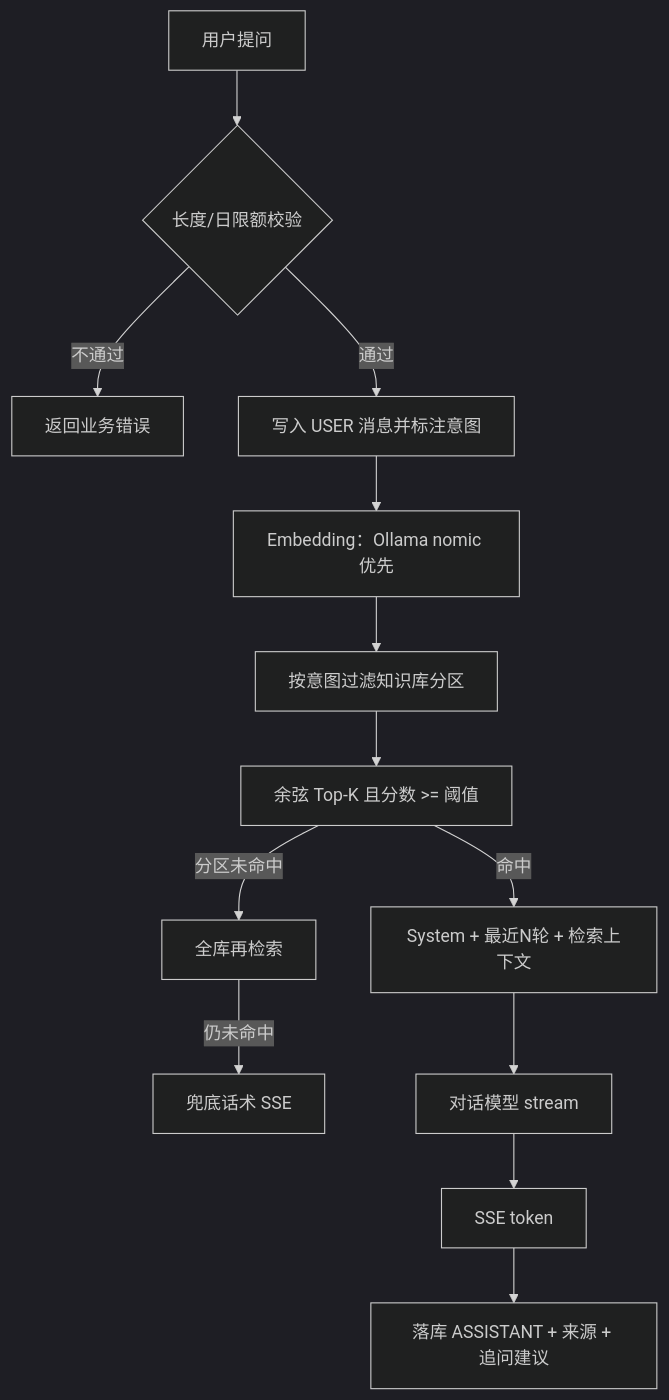
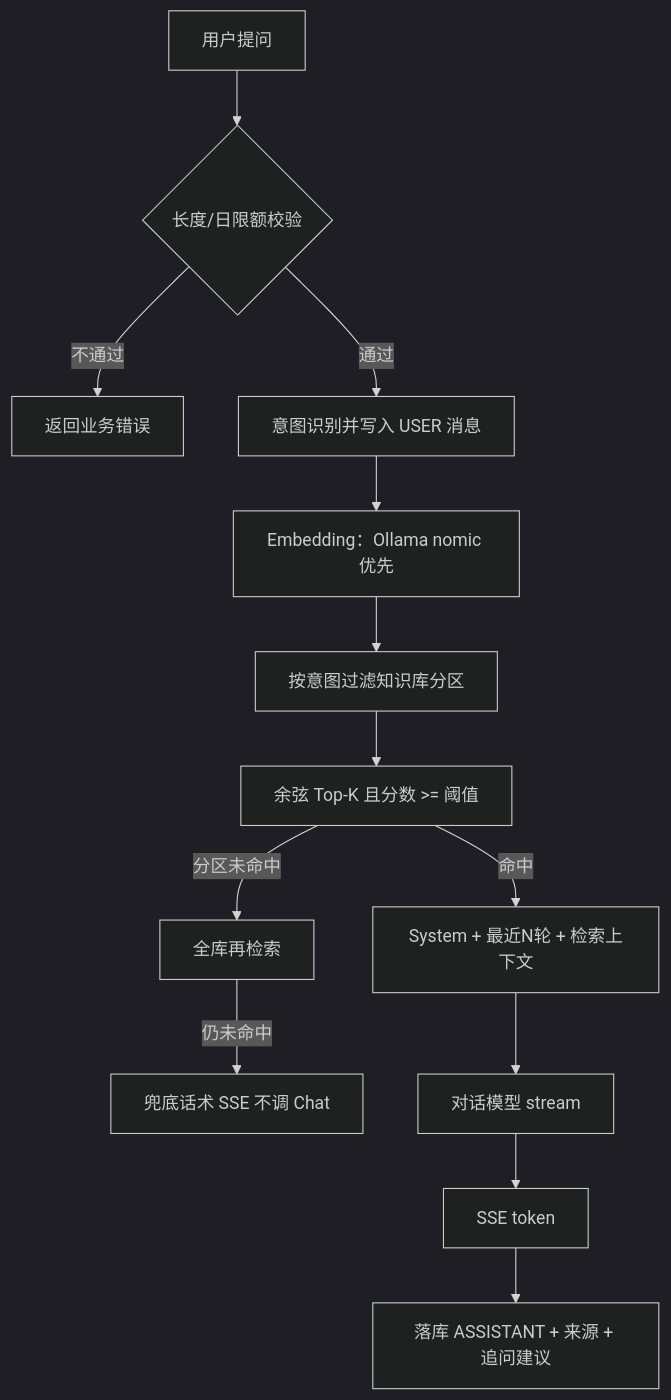
Before and after one commit to marryme1314/zhiyunkefu: the diagram in docs/AI架构设计.md, drawn with Mermaid (dark theme). The commit also changed other lines of this file and 6 other files, not shown here.

````diff
--- a/docs/AI架构设计.md
+++ b/docs/AI架构设计.md
@@ -5,15 +5,15 @@
 ```mermaid
 flowchart TD
     A[用户提问] --> B{长度/日限额校验}
     B -->|不通过| Z[返回业务错误]
-    B -->|通过| C[写入 USER 消息并标注意图]
+    B -->|通过| C[意图识别并写入 USER 消息]
     C --> D[Embedding：Ollama nomic 优先]
     D --> E[按意图过滤知识库分区]
     E --> F[余弦 Top-K 且分数 >= 阈值]
     F -->|分区未命中| E2[全库再检索]
-    E2 -->|仍未命中| G[兜底话术 SSE]
+    E2 -->|仍未命中| G[兜底话术 SSE 不调 Chat]
     F -->|命中| H[System + 最近N轮 + 检索上下文]
     H --> I[对话模型 stream]
     I --> J[SSE token]
     J --> K[落库 ASSISTANT + 来源 + 追问建议]
 ```
````
